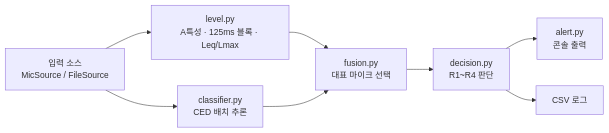
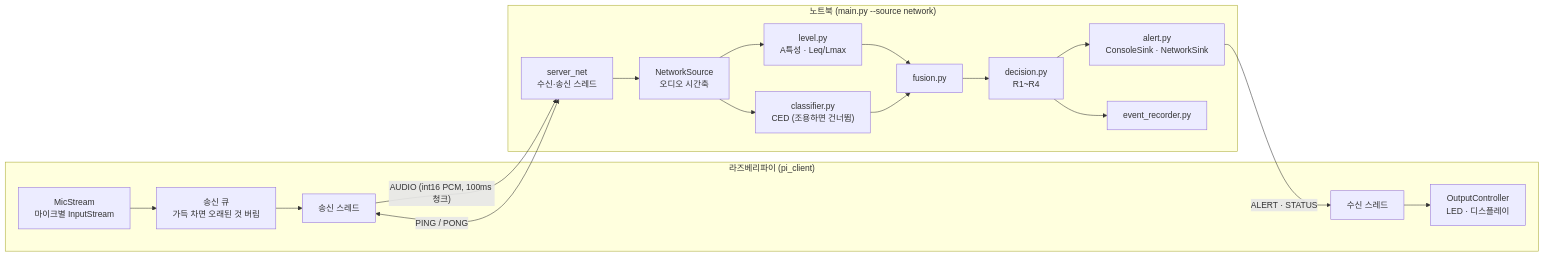
The diagram in README.md (wfycb/noise-guard), drawn with Mermaid before and after one commit. The commit also changed other lines of this file and 3 other files, not shown here.

````diff
--- a/README.md
+++ b/README.md
@@ -14,10 +19,21 @@
 ```mermaid
 graph LR
-    Source["입력 소스<br/>MicSource / FileSource"] --> Level["level.py<br/>A특성 · 125ms 블록 · Leq/Lmax"]
-    Source --> Classifier["classifier.py<br/>CED 배치 추론"]
-    Level --> Fusion["fusion.py<br/>대표 마이크 선택"]
-    Classifier --> Fusion
-    Fusion --> Decision["decision.py<br/>R1~R4 판단"]
-    Decision --> Alert["alert.py<br/>콘솔 출력"]
-    Decision --> Log["CSV 로그"]
+    subgraph Pi["라즈베리파이 (pi_client)"]
+        Mic["MicStream<br/>마이크별 InputStream"] --> Queue["송신 큐<br/>가득 차면 오래된 것 버림"]
+        Queue --> Sender["송신 스레드"]
+        Receiver["수신 스레드"] --> Output["OutputController<br/>LED · 디스플레이"]
+    end
+    subgraph Laptop["노트북 (main.py --source network)"]
+        Server["server_net<br/>수신·송신 스레드"] --> Source["NetworkSource<br/>오디오 시간축"]
+        Source --> Level["level.py<br/>A특성 · Leq/Lmax"]
+        Source --> CED["classifier.py<br/>CED (조용하면 건너뜀)"]
+        Level --> Fusion["fusion.py"]
+        CED --> Fusion
+        Fusion --> Decision["decision.py<br/>R1~R4"]
+        Decision --> Sinks["alert.py<br/>ConsoleSink · NetworkSink"]
+        Decision --> Recorder["event_recorder.py"]
+    end
+    Sender -- "AUDIO (int16 PCM, 100ms 청크)" --> Server
+    Sinks -- "ALERT · STATUS" --> Receiver
+    Sender <-- "PING / PONG" --> Server
 ```
````
